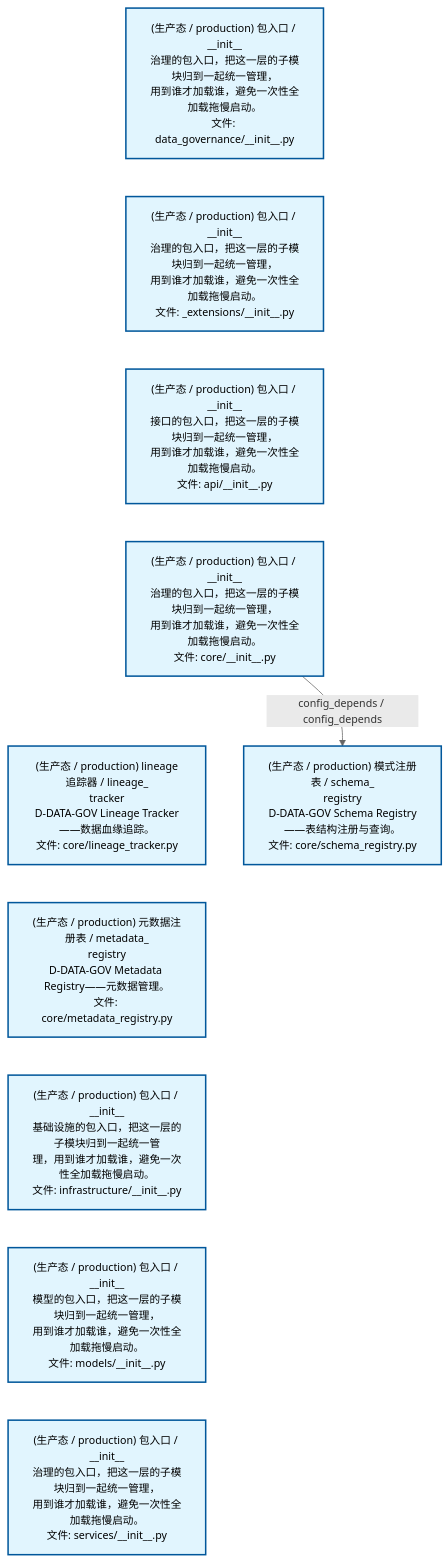
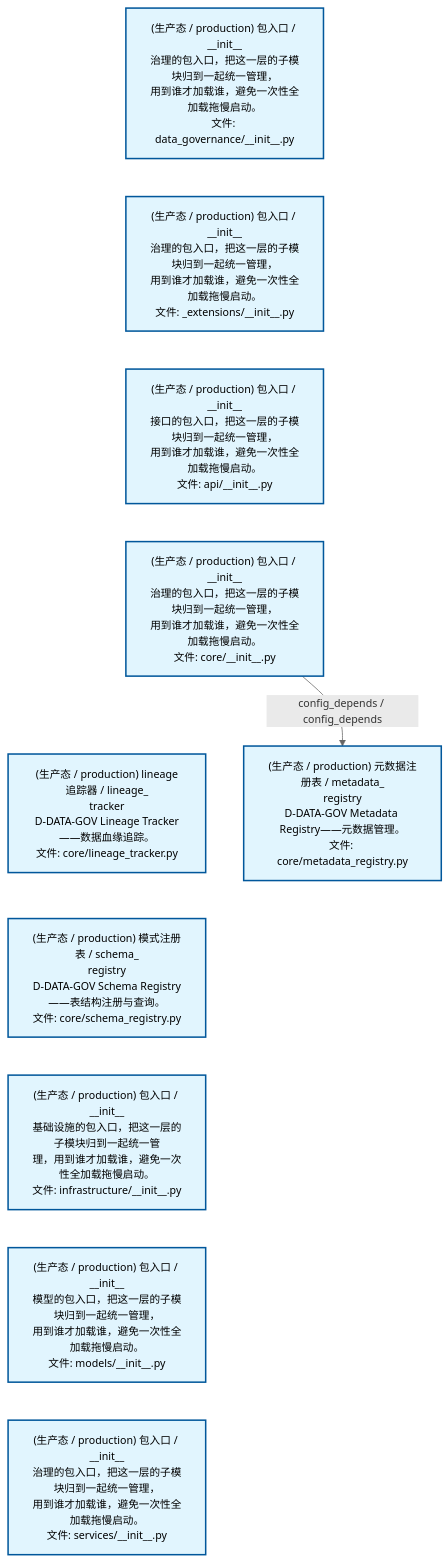
One commit to xuanFelixVan/ZephyrAlpha changed the first of 2 diagrams in docs/02_enterprise_architecture/02_domain_architecture_docs/13_d_data_gov.md. Above: the diagram before and after it, drawn with Mermaid. The commit also changed other lines of this file and 37 other files, not shown here.

````diff
--- a/docs/02_enterprise_architecture/02_domain_architecture_docs/13_d_data_gov.md
+++ b/docs/02_enterprise_architecture/02_domain_architecture_docs/13_d_data_gov.md
@@ -53,28 +53,28 @@
 ```mermaid
 %%{init: {'theme': 'base', 'themeVariables': {'primaryColor': '#eaeaea', 'primaryTextColor': '#333333', 'primaryBorderColor': '#666666', 'lineColor': '#666666', 'secondaryColor': '#eaeaea', 'tertiaryColor': '#eaeaea', 'fontSize': '14px'}}}%%
 flowchart TD
     src_zephyr_data_governance_init_py["(生产态 / production) 包入口 / __init__<br/>治理的包入口，把这一层的子模块归到一起统一管理，<br/>用到谁才加载谁，避免一次性全加载拖慢启动。<br/>文件: data_governance/__init__.py"]
     src_zephyr_data_governance_extensions_init_py["(生产态 / production) 包入口 / __init__<br/>治理的包入口，把这一层的子模块归到一起统一管理，<br/>用到谁才加载谁，避免一次性全加载拖慢启动。<br/>文件: _extensions/__init__.py"]
     src_zephyr_data_governance_api_init_py["(生产态 / production) 包入口 / __init__<br/>接口的包入口，把这一层的子模块归到一起统一管理，<br/>用到谁才加载谁，避免一次性全加载拖慢启动。<br/>文件: api/__init__.py"]
     src_zephyr_data_governance_core_init_py["(生产态 / production) 包入口 / __init__<br/>治理的包入口，把这一层的子模块归到一起统一管理，<br/>用到谁才加载谁，避免一次性全加载拖慢启动。<br/>文件: core/__init__.py"]
     src_zephyr_data_governance_core_lineage_tracker_py["(生产态 / production) lineage追踪器 / lineage_<br/>tracker<br/>D-DATA-GOV Lineage Tracker——数据血缘追踪。<br/>文件: core/lineage_tracker.py"]
-    src_zephyr_data_governance_core_metadata_registry_py["(生产态 / production) 元数据注册表 / metadata_<br/>registry<br/>D-DATA-GOV Metadata Registry——元数据管理。<br/>文件: core/metadata_registry.py"]
+    src_zephyr_data_governance_core_schema_registry_py["(生产态 / production) 模式注册表 / schema_<br/>registry<br/>D-DATA-GOV Schema Registry——表结构注册与查询。<br/>文件: core/schema_registry.py"]
     src_zephyr_data_governance_infrastructure_init_py["(生产态 / production) 包入口 / __init__<br/>基础设施的包入口，把这一层的子模块归到一起统一管<br/>理，用到谁才加载谁，避免一次性全加载拖慢启动。<br/>文件: infrastructure/__init__.py"]
     src_zephyr_data_governance_models_init_py["(生产态 / production) 包入口 / __init__<br/>模型的包入口，把这一层的子模块归到一起统一管理，<br/>用到谁才加载谁，避免一次性全加载拖慢启动。<br/>文件: models/__init__.py"]
     src_zephyr_data_governance_services_init_py["(生产态 / production) 包入口 / __init__<br/>治理的包入口，把这一层的子模块归到一起统一管理，<br/>用到谁才加载谁，避免一次性全加载拖慢启动。<br/>文件: services/__init__.py"]
     src_zephyr_data_governance_init_py ~~~ src_zephyr_data_governance_extensions_init_py
     src_zephyr_data_governance_extensions_init_py ~~~ src_zephyr_data_governance_api_init_py
     src_zephyr_data_governance_api_init_py ~~~ src_zephyr_data_governance_core_init_py
     src_zephyr_data_governance_core_init_py ~~~ src_zephyr_data_governance_core_lineage_tracker_py
-    src_zephyr_data_governance_core_lineage_tracker_py ~~~ src_zephyr_data_governance_core_metadata_registry_py
-    src_zephyr_data_governance_core_metadata_registry_py ~~~ src_zephyr_data_governance_infrastructure_init_py
+    src_zephyr_data_governance_core_lineage_tracker_py ~~~ src_zephyr_data_governance_core_schema_registry_py
+    src_zephyr_data_governance_core_schema_registry_py ~~~ src_zephyr_data_governance_infrastructure_init_py
     src_zephyr_data_governance_infrastructure_init_py ~~~ src_zephyr_data_governance_models_init_py
     src_zephyr_data_governance_models_init_py ~~~ src_zephyr_data_governance_services_init_py
-    src_zephyr_data_governance_core_schema_registry_py["(生产态 / production) 模式注册表 / schema_<br/>registry<br/>D-DATA-GOV Schema Registry——表结构注册与查询。<br/>文件: core/schema_registry.py"]
-    src_zephyr_data_governance_core_init_py -->|config_depends / config_depends| src_zephyr_data_governance_core_schema_registry_py
+    src_zephyr_data_governance_core_metadata_registry_py["(生产态 / production) 元数据注册表 / metadata_<br/>registry<br/>D-DATA-GOV Metadata Registry——元数据管理。<br/>文件: core/metadata_registry.py"]
+    src_zephyr_data_governance_core_init_py -->|config_depends / config_depends| src_zephyr_data_governance_core_metadata_registry_py
     classDef production fill:#e1f5fe,stroke:#01579b,stroke-width:2px,color:#000
     classDef design fill:#fff3e0,stroke:#e65100,stroke-width:2px,color:#000,stroke-dasharray: 5 5
     classDef external_prod fill:#e8f4fd,stroke:#0277bd,stroke-width:1px,color:#000
     classDef external_design fill:#fff8e7,stroke:#ef6c00,stroke-width:1px,color:#000,stroke-dasharray: 5 5
     class src_zephyr_data_governance_init_py,src_zephyr_data_governance_extensions_init_py,src_zephyr_data_governance_api_init_py,src_zephyr_data_governance_core_init_py,src_zephyr_data_governance_core_lineage_tracker_py,src_zephyr_data_governance_core_metadata_registry_py,src_zephyr_data_governance_core_schema_registry_py,src_zephyr_data_governance_infrastructure_init_py,src_zephyr_data_governance_models_init_py,src_zephyr_data_governance_services_init_py production
 ```
````
